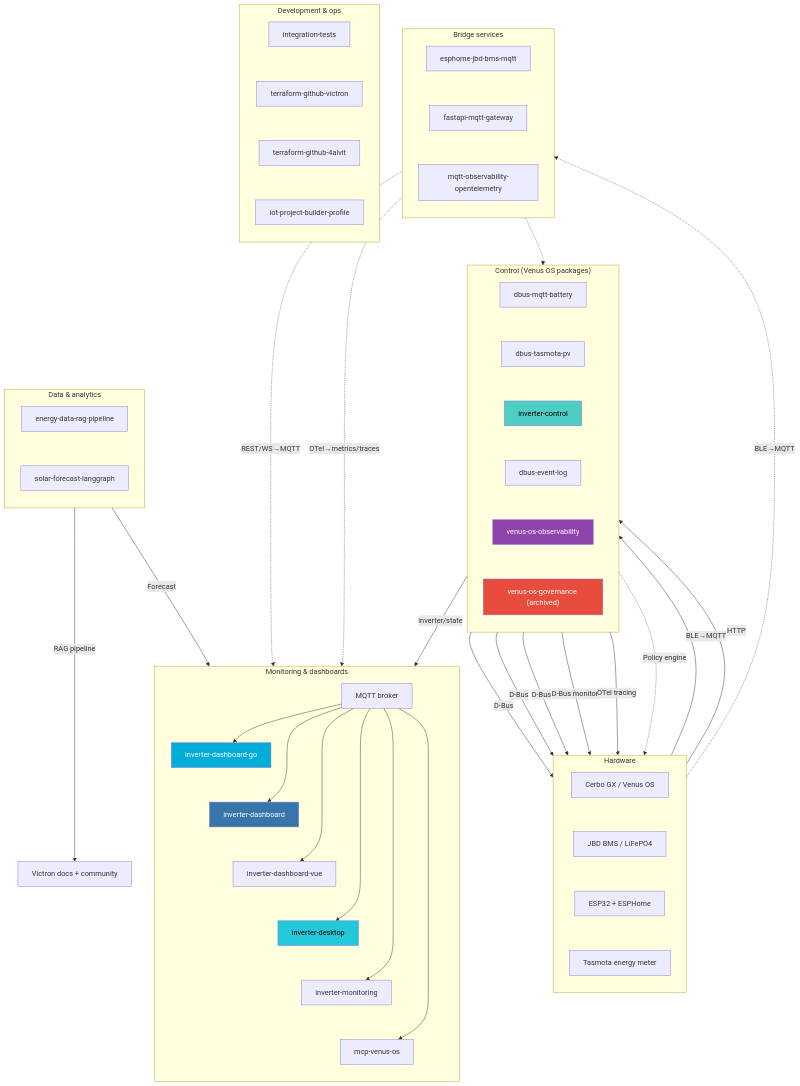
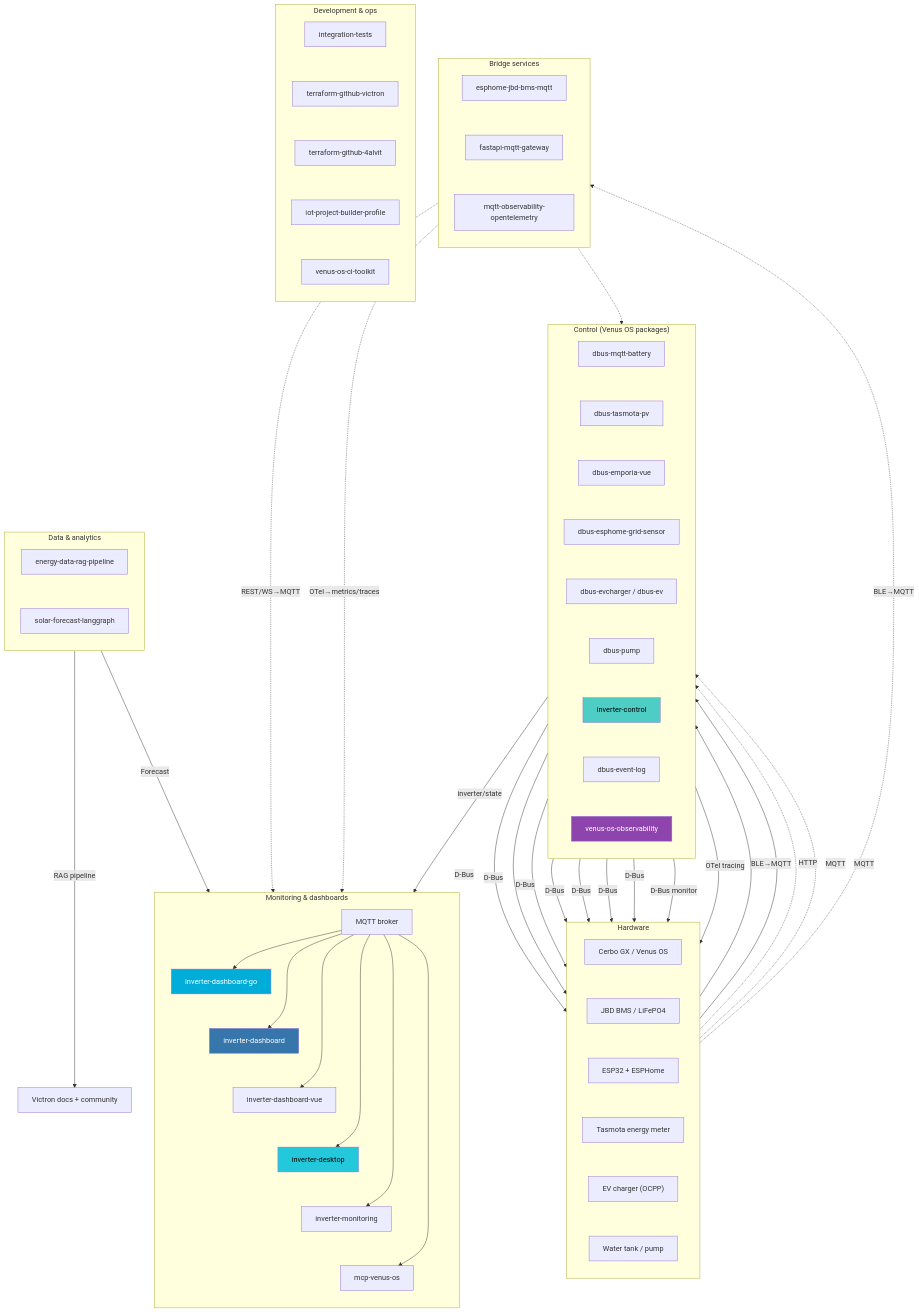
One commit to victron-venus/.github changed the diagram in profile/README.md. Above: the diagram before and after it, drawn with Mermaid. The commit also changed other lines of this file and 1 other file, not shown here.

````diff
--- a/profile/README.md
+++ b/profile/README.md
@@ -14,16 +14,21 @@
         ~~~ BMS["JBD BMS / LiFePO4"]
         ~~~ ESP["ESP32 + ESPHome"]
         ~~~ TAS["Tasmota energy meter"]
+        ~~~ EVCHG["EV charger (OCPP)"]
+        ~~~ PUMP["Water tank / pump"]
     end
 
     subgraph CTL["Control (Venus OS packages)"]
         direction TB
         BM["dbus-mqtt-battery"]
         ~~~ PV["dbus-tasmota-pv"]
+        ~~~ EMP["dbus-emporia-vue"]
+        ~~~ GRD["dbus-esphome-grid-sensor"]
+        ~~~ EV["dbus-evcharger / dbus-ev"]
+        ~~~ PMP["dbus-pump"]
         ~~~ IC["inverter-control"]
         ~~~ EL["dbus-event-log"]
         ~~~ OBS["venus-os-observability"]
-        ~~~ GOV["venus-os-governance (archived)"]
     end
 
     subgraph BRG["Bridge services"]
@@ -45,6 +50,7 @@
         ~~~ TFV["terraform-github-victron"]
         ~~~ TF4["terraform-github-4alvit"]
         ~~~ BUILD["iot-project-builder-profile"]
+        ~~~ CITK["venus-os-ci-toolkit"]
     end
 
     subgraph UI["Monitoring & dashboards"]
@@ -60,12 +66,17 @@
 
     ESP -->|"BLE→MQTT"| BM
     TAS -->|"HTTP"| PV
+    EVCHG -.->|"MQTT"| EV
+    PUMP -.->|"MQTT"| PMP
     BM -->|"D-Bus"| CERBO
     PV -->|"D-Bus"| CERBO
+    EMP -->|"D-Bus"| CERBO
+    GRD -->|"D-Bus"| CERBO
+    EV -->|"D-Bus"| CERBO
+    PMP -->|"D-Bus"| CERBO
     IC -->|"D-Bus"| CERBO
     EL -->|"D-Bus monitor"| CERBO
     OBS -->|"OTel tracing"| CERBO
-    GOV -.->|"Policy engine"| CERBO
 
     ESP -.->|"BLE→MQTT"| ESPH
     ESPH -.-> BM
@@ -87,6 +98,5 @@
     style DGO fill:#00ADD8,color:#fff
     style DPY fill:#3776ab,color:#fff
     style DT fill:#24c8db,color:#000
-    style GOV fill:#e74c3c,color:#fff
     style OBS fill:#8e44ad,color:#fff
 ```
````
